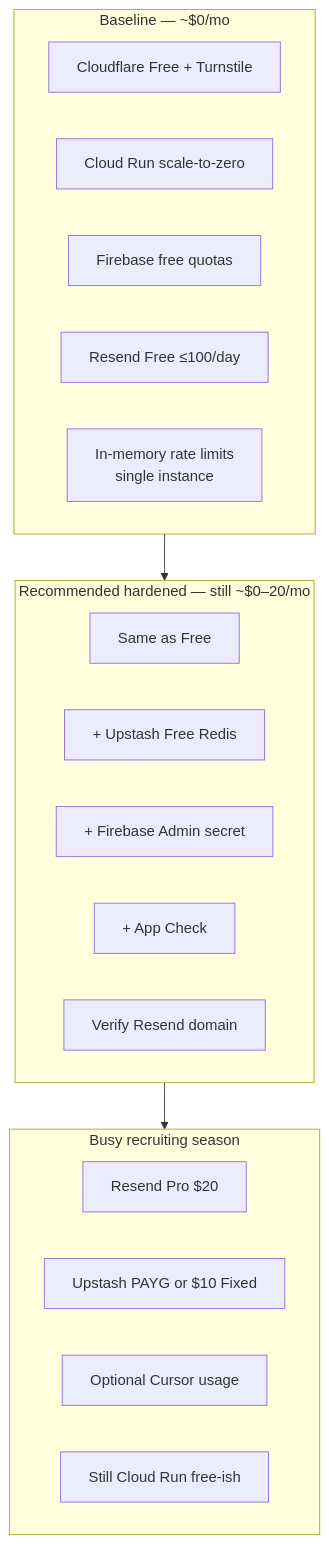
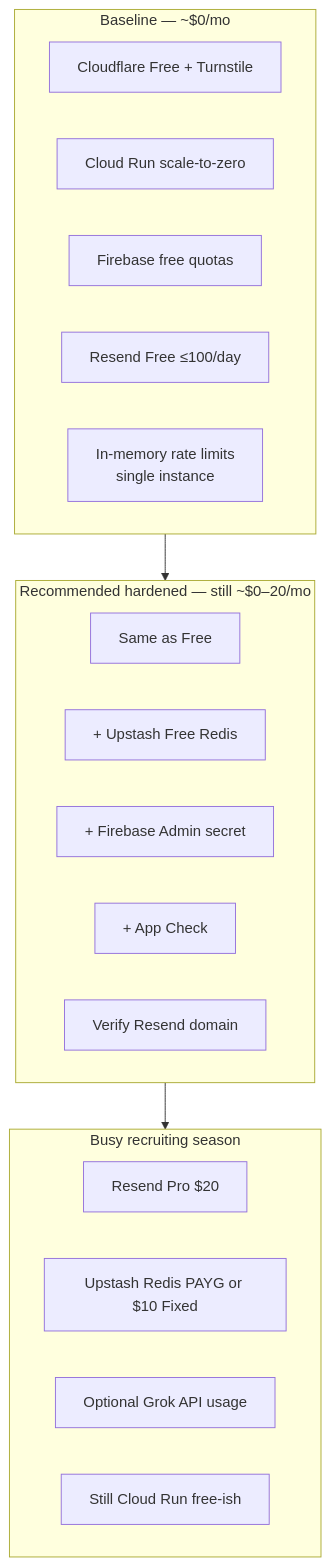
The third of 5 diagrams in docs/EXTERNAL_TOOLS_AND_COSTS.md (mosufyan/sufyan-portfolio), drawn with Mermaid before and after one commit. The commit also changed other lines of this file and 78 other files, not shown here.

````diff
--- a/docs/EXTERNAL_TOOLS_AND_COSTS.md
+++ b/docs/EXTERNAL_TOOLS_AND_COSTS.md
@@ -240,27 +264,27 @@
 ```mermaid
 flowchart TB
   subgraph Free["Baseline — ~$0/mo"]
     A1[Cloudflare Free + Turnstile]
     A2[Cloud Run scale-to-zero]
     A3[Firebase free quotas]
     A4[Resend Free ≤100/day]
     A5[In-memory rate limits<br/>single instance]
   end
 
   subgraph Hardened["Recommended hardened — still ~$0–20/mo"]
     B1[Same as Free]
     B2[+ Upstash Free Redis]
     B3[+ Firebase Admin secret]
     B4[+ App Check]
     B5[Verify Resend domain]
   end
 
   subgraph Busy["Busy recruiting season"]
     C1[Resend Pro $20]
-    C2[Upstash PAYG or $10 Fixed]
-    C3[Optional Cursor usage]
+    C2[Upstash Redis PAYG or $10 Fixed]
+    C3[Optional Grok API usage]
     C4[Still Cloud Run free-ish]
   end
 
   Free --> Hardened --> Busy
 ```
````
